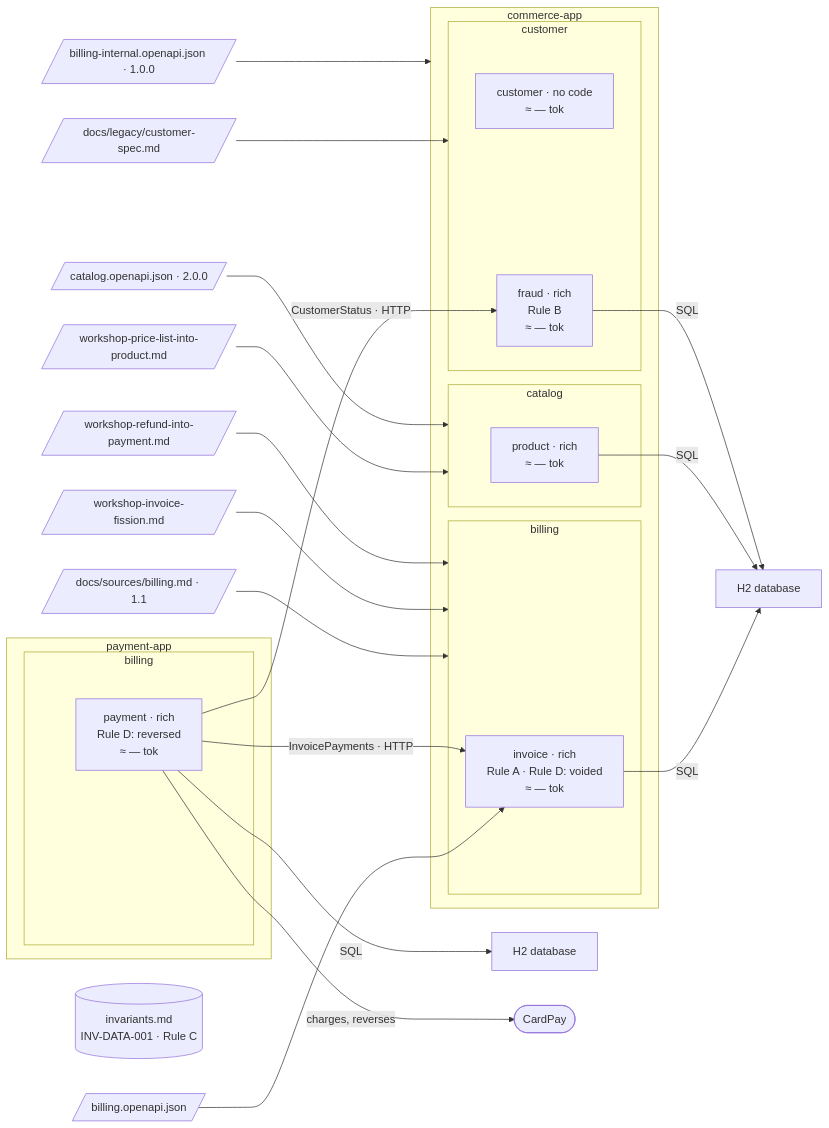
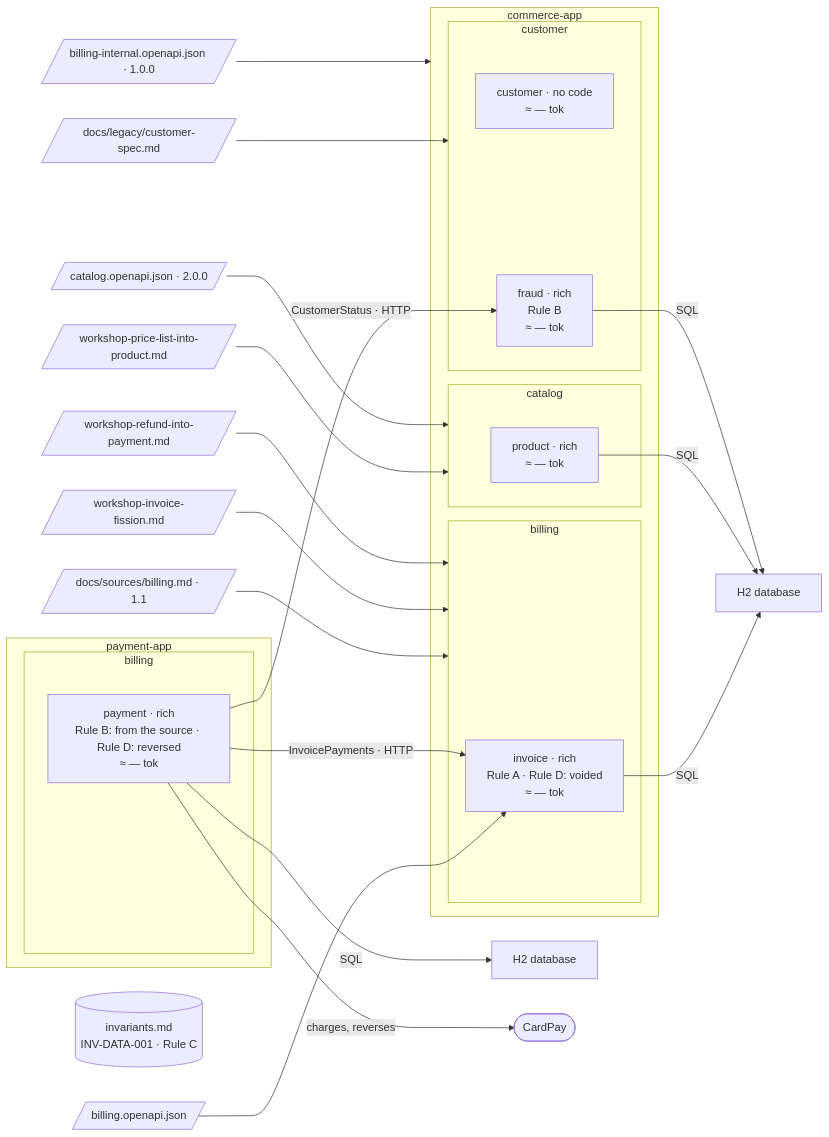
One commit to elie29/partition changed the diagram in docs/guides/a-project-step-by-step/19-where-each-rule-landed.md. Above: the diagram before and after it, drawn with Mermaid. The commit also changed other lines of this file and 52 other files, not shown here.

````diff
--- a/docs/guides/a-project-step-by-step/19-where-each-rule-landed.md
+++ b/docs/guides/a-project-step-by-step/19-where-each-rule-landed.md
@@ -48,49 +45,49 @@
 ```mermaid
 flowchart LR
   classDef new stroke-width:3px
   classDef gone stroke-dasharray:5 5
   src_billing[/"docs/sources/billing.md · 1.1"/]
   src_workshop[/"workshop-invoice-fission.md"/]
   src_workshop_refund[/"workshop-refund-into-payment.md"/]
   src_workshop_catalog[/"workshop-price-list-into-product.md"/]
   src_legacy[/"docs/legacy/customer-spec.md"/]
   contract_billing[/"billing.openapi.json"/]
   contract_catalog[/"catalog.openapi.json · 2.0.0"/]
   contract_internal[/"billing-internal.openapi.json · 1.0.0"/]
   register[("invariants.md<br/>INV-DATA-001 · Rule C")]
   subgraph app_commerce["commerce-app"]
     subgraph area_billing["billing"]
       invoice["invoice · rich<br/>Rule A · Rule D: voided<br/>≈ — tok"]
     end
     subgraph area_catalog["catalog"]
       product["product · rich<br/>≈ — tok"]
     end
     subgraph area_customer["customer"]
       customer["customer · no code<br/>≈ — tok"]
       fraud["fraud · rich<br/>Rule B<br/>≈ — tok"]
     end
   end
   subgraph app_payment["payment-app"]
     subgraph area_billing_payment["billing"]
-      payment["payment · rich<br/>Rule D: reversed<br/>≈ — tok"]
+      payment["payment · rich<br/>Rule B: from the source · Rule D: reversed<br/>≈ — tok"]
     end
   end
   db["H2 database"]
   db_payment["H2 database"]
   cardpay(["CardPay"])
   src_billing --> area_billing
   src_workshop --> area_billing
   src_workshop_refund --> area_billing
   src_workshop_catalog --> area_catalog
   src_legacy --> area_customer
   contract_billing --> invoice
   contract_catalog --> area_catalog
   contract_internal --> app_commerce
   payment -- "InvoicePayments · HTTP" --> invoice
   payment -- "charges, reverses" --> cardpay
   payment -- "CustomerStatus · HTTP" --> fraud
   invoice -- "SQL" --> db
   product -- "SQL" --> db
   fraud -- "SQL" --> db
   payment -- "SQL" --> db_payment
 ```
````
